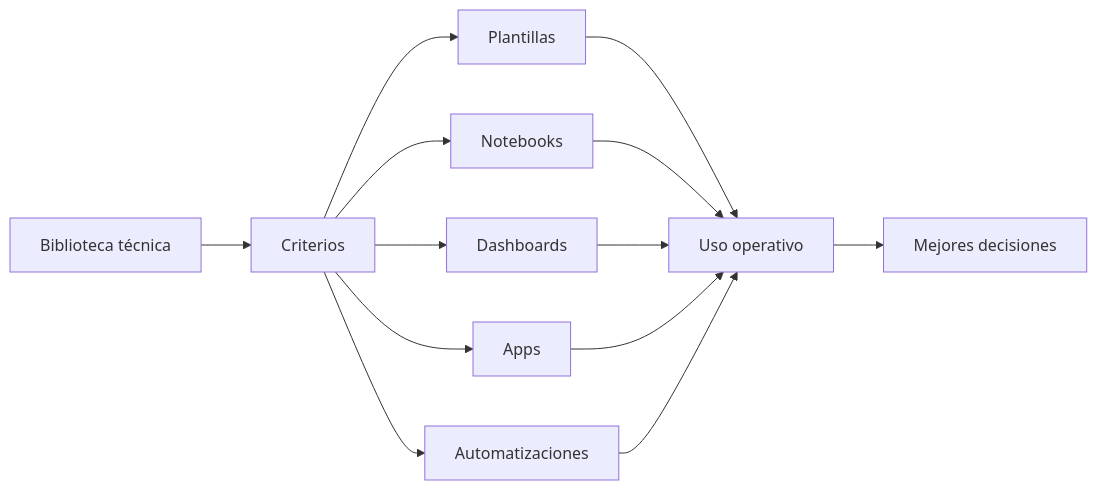
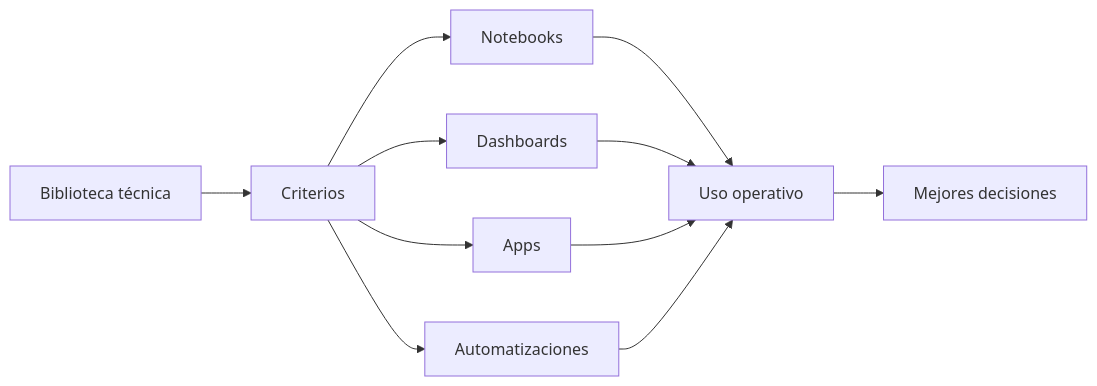
Before and after one commit to fjgonzalezmgt/fjgonzalezmgt: the second of 2 diagrams in TECHNICAL_LIBRARY.md, drawn with Mermaid. The commit also changed other lines of this file, not shown here.

````diff
--- a/TECHNICAL_LIBRARY.md
+++ b/TECHNICAL_LIBRARY.md
@@ -255,17 +214,13 @@
 ```mermaid
 flowchart LR
     A[Biblioteca técnica] --> B[Criterios]
-    B --> C[Plantillas]
-    B --> D[Notebooks]
-    B --> E[Dashboards]
-    B --> F[Apps]
-    B --> G[Automatizaciones]
-
-    C --> H[Uso operativo]
-    D --> H
-    E --> H
-    F --> H
-    G --> H
-
-    H --> I[Mejores decisiones]
+    B --> C[Notebooks]
+    B --> D[Dashboards]
+    B --> E[Apps]
+    B --> F[Automatizaciones]
+    C --> G[Uso operativo]
+    D --> G
+    E --> G
+    F --> G
+    G --> H[Mejores decisiones]
 ```
````
